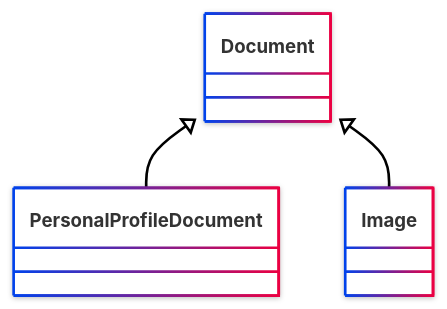
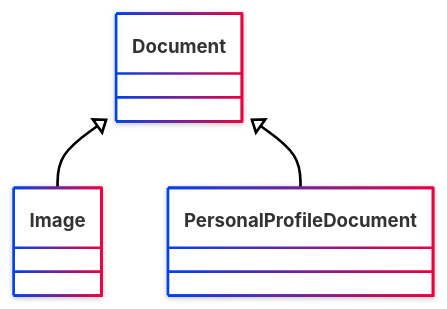
One commit to StephaneBranly/ontodoc changed the diagram in example/build/class/Document.md. Above: the diagram before and after it, drawn with Mermaid. The commit also changed other lines of this file and 56 other files, not shown here.

Commit message:
[+] Schema syntax

````diff
--- a/example/build/class/Document.md
+++ b/example/build/class/Document.md
@@ -9,11 +9,11 @@
 ```mermaid
 ---
 config:
   look: neo
   theme: neo
 ---
 classDiagram
     class Document
+    Document <|-- Image
     Document <|-- PersonalProfileDocument
-    Document <|-- Image
 ```
````
